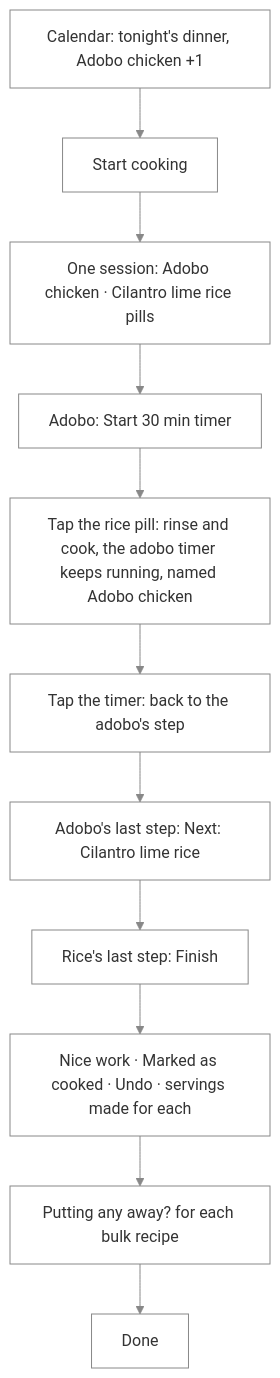
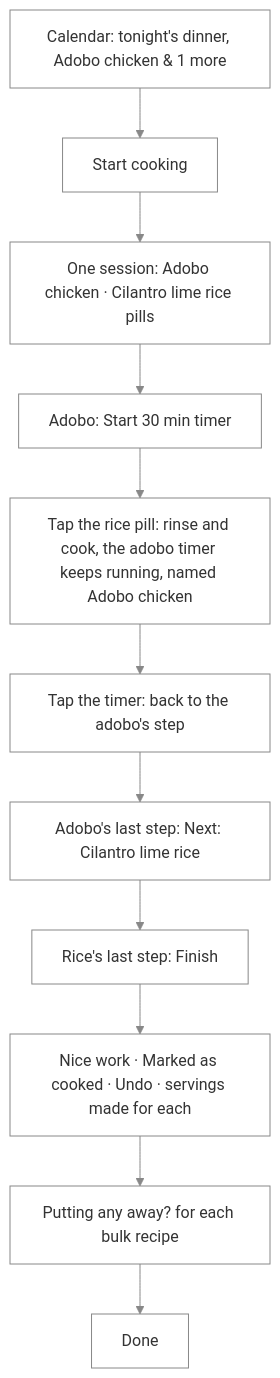
Before and after one commit to NovaMoonX/moondreams-dev-apps: diagram 45 of 54 in src/apps/pinch/UX.md, drawn with Mermaid. The commit also changed other lines of this file, not shown here.

````diff
--- a/src/apps/pinch/UX.md
+++ b/src/apps/pinch/UX.md
@@ -1406,10 +1406,10 @@
 ```mermaid
 %%{init: {'theme': 'base', 'themeVariables': {'primaryColor': 'transparent', 'clusterBkg': 'transparent', 'primaryBorderColor': '#888888', 'clusterBorder': '#888888', 'lineColor': '#888888', 'primaryTextColor': '#333333'}}}%%
 flowchart TD
-    A["Calendar: tonight's dinner, Adobo chicken +1"] --> B["Start cooking"]
+    A["Calendar: tonight's dinner, Adobo chicken & 1 more"] --> B["Start cooking"]
     B --> C["One session: Adobo chicken · Cilantro lime rice pills"]
     C --> D["Adobo: Start 30 min timer"] --> E["Tap the rice pill: rinse and cook, the adobo timer keeps running, named Adobo chicken"]
     E --> F["Tap the timer: back to the adobo's step"] --> G["Adobo's last step: Next: Cilantro lime rice"]
     G --> H["Rice's last step: Finish"] --> I["Nice work · Marked as cooked · Undo · servings made for each"]
     I --> J["Putting any away? for each bulk recipe"] --> K["Done"]
 ```
````
